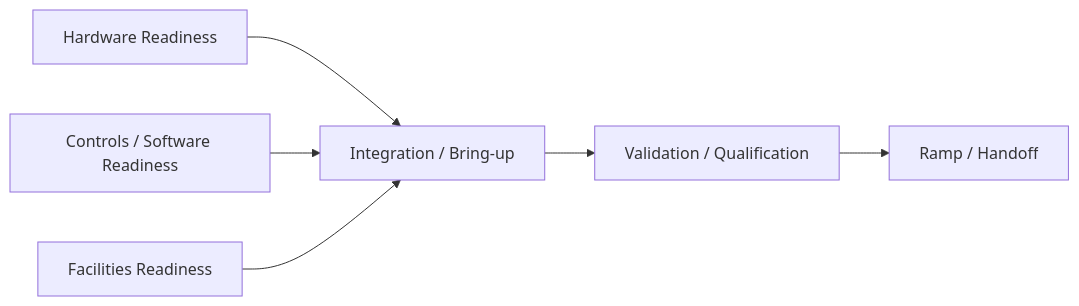
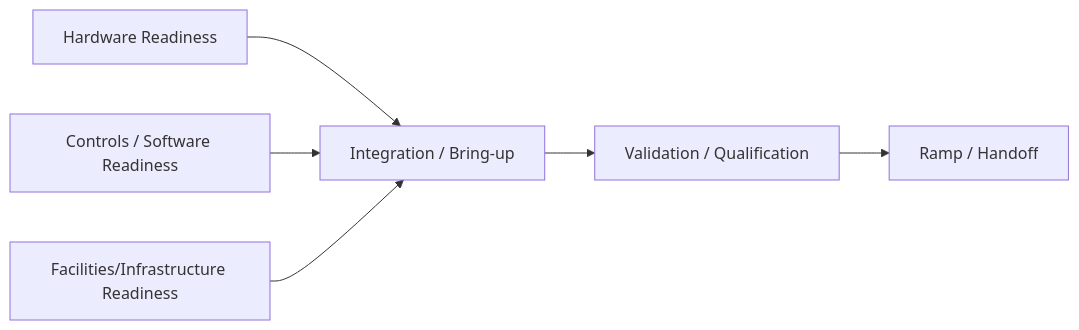
Before and after one commit to QuantuMaster007/NPI_Program_Management_Playbook: the diagram in README.md, drawn with Mermaid. The commit also changed other lines of this file, not shown here.

````diff
--- a/README.md
+++ b/README.md
@@ -40,8 +40,8 @@
 ```mermaid
 flowchart LR
   HW[Hardware Readiness] --> INT[Integration / Bring-up]
   SW[Controls / Software Readiness] --> INT
-  FAC[Facilities Readiness] --> INT
+  FAC[Facilities/Infrastructure Readiness] --> INT
   INT --> VAL[Validation / Qualification]
   VAL --> RAMP[Ramp / Handoff]
 ```
````
